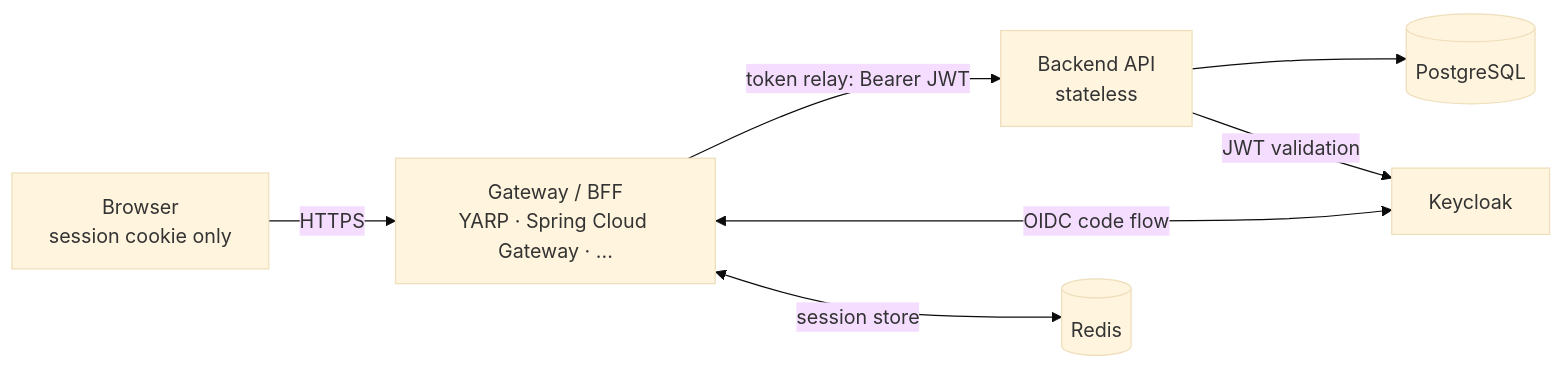
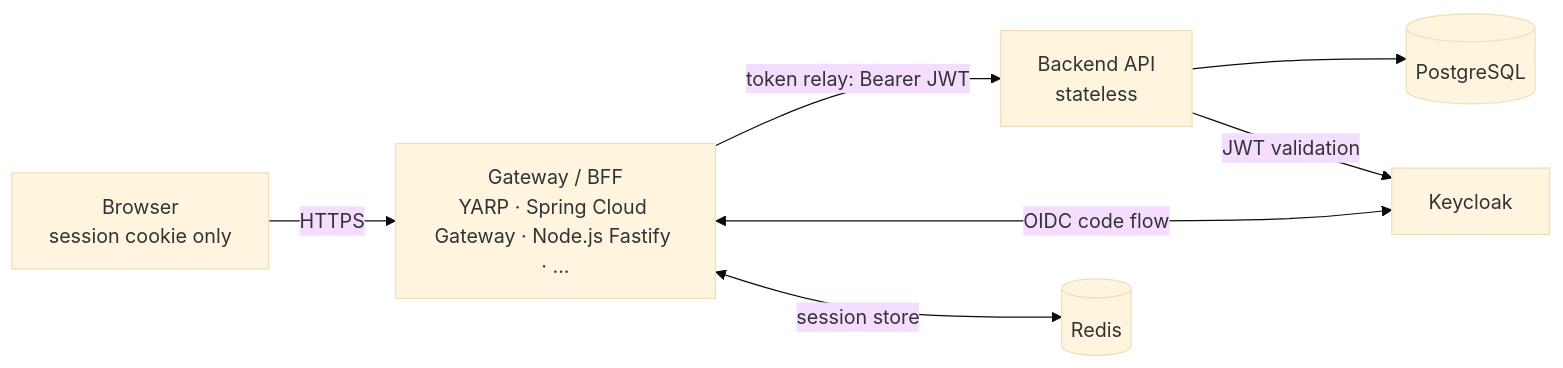
The diagram in README.md (kamkie/stackverse), drawn with Mermaid (base theme) before and after one commit. The commit also changed other lines of this file and 26 other files, not shown here.

Commit message:
Add Node Fastify gateway variant (#35)

````diff
--- a/README.md
+++ b/README.md
@@ -47,9 +47,9 @@
 ```mermaid
 flowchart LR
-    B[Browser<br/>session cookie only] -->|HTTPS| G[Gateway / BFF<br/>YARP · Spring Cloud Gateway · ...]
+    B[Browser<br/>session cookie only] -->|HTTPS| G[Gateway / BFF<br/>YARP · Spring Cloud Gateway · Node.js Fastify · ...]
     G -->|token relay: Bearer JWT| A[Backend API<br/>stateless]
     G <-->|OIDC code flow| K[Keycloak]
     G <-->|session store| R[(Redis)]
     A --> P[(PostgreSQL)]
     A -->|JWT validation| K
 ```
````
